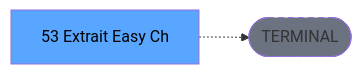
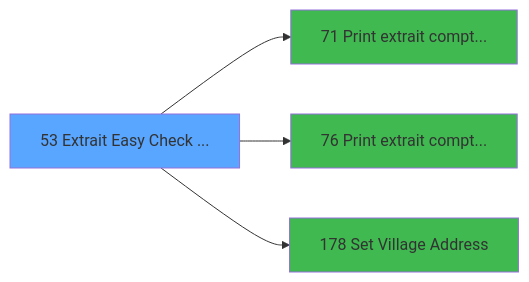
One commit to thonyAGP/magic-migration changed the third of 3 diagrams in .openspec/specs/ADH-IDE-53.md. Above: the diagram before and after it, drawn with Mermaid. The commit also changed other lines of this file and 253 other files, not shown here.

````diff
--- a/.openspec/specs/ADH-IDE-53.md
+++ b/.openspec/specs/ADH-IDE-53.md
@@ -138,8 +315,14 @@
 ```mermaid
 graph LR
-    T[53 Extrait Easy Ch]
-    TERM([TERMINAL])
-    T -.-> TERM
-    style TERM fill:#6b7280,stroke-dasharray: 5 5
-    style T fill:#58a6ff,color:#000
+    T53[53 Extrait Easy Check ...]
+    style T53 fill:#58a6ff
+    C71[71 Print extrait compt...]
+    T53 --> C71
+    style C71 fill:#3fb950
+    C76[76 Print extrait compt...]
+    T53 --> C76
+    style C76 fill:#3fb950
+    C178[178 Set Village Address]
+    T53 --> C178
+    style C178 fill:#3fb950
 ```
````
